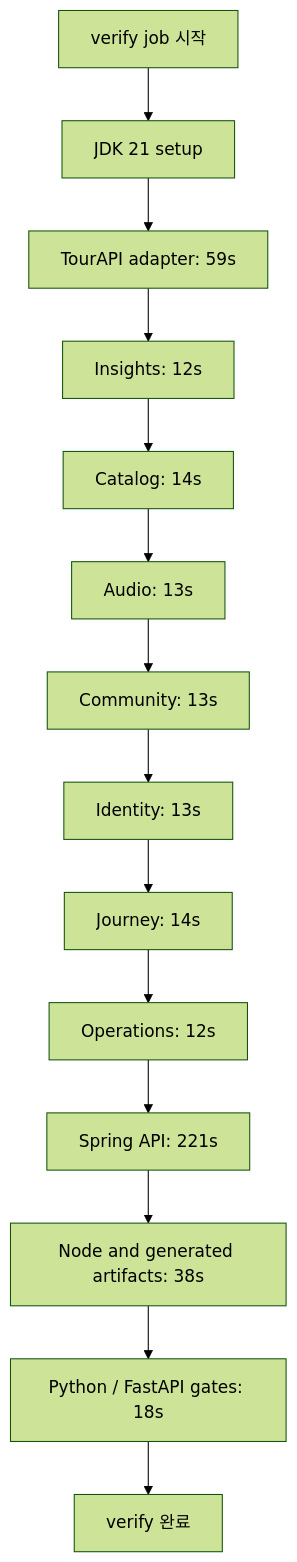
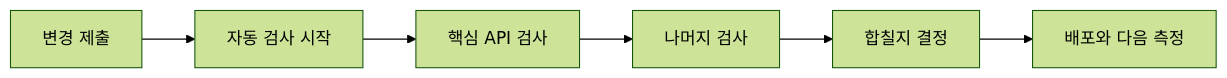
The diagram in docs/reports/2026-09-24-ci-parallelization-baseline.md (YRootLab/OnMaru-backend), drawn with Mermaid (forest theme) before and after one commit. The commit also changed other lines of this file and 2 other files, not shown here.

````diff
--- a/docs/reports/2026-09-24-ci-parallelization-baseline.md
+++ b/docs/reports/2026-09-24-ci-parallelization-baseline.md
@@ -32,16 +16,8 @@
 ```mermaid
-flowchart TD
-  A[verify job 시작] --> B[JDK 21 setup]
-  B --> C[TourAPI adapter: 59s]
-  C --> D[Insights: 12s]
-  D --> E[Catalog: 14s]
-  E --> F[Audio: 13s]
-  F --> G[Community: 13s]
-  G --> H[Identity: 13s]
-  H --> I[Journey: 14s]
-  I --> J[Operations: 12s]
-  J --> K[Spring API: 221s]
-  K --> L[Node and generated artifacts: 38s]
-  L --> M[Python / FastAPI gates: 18s]
-  M --> N[verify 완료]
+flowchart LR
+  A[변경 제출] --> B[자동 검사 시작]
+  B --> C[핵심 API 검사]
+  C --> D[나머지 검사]
+  D --> E[합칠지 결정]
+  E --> F[배포와 다음 측정]
 ```
````
